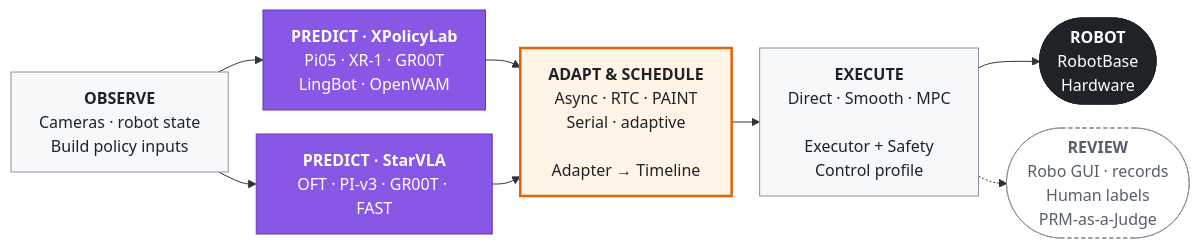
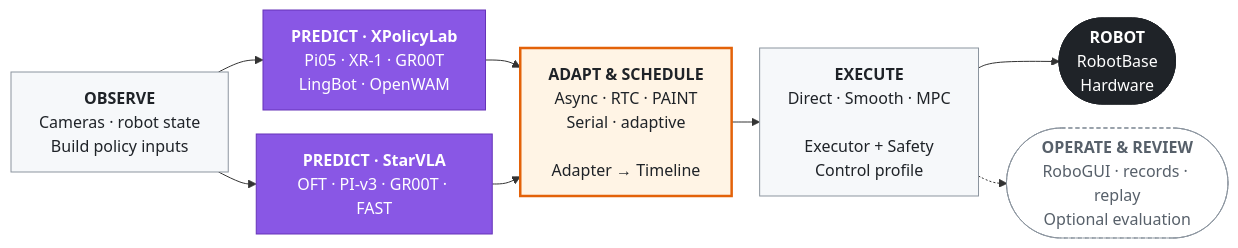
The diagram in README.md (GuHaomingcs/manimux), drawn with Mermaid before and after one commit. The commit also changed other lines of this file and 36 other files, not shown here.

Commit message:
feat: refine RoboGUI research workflows and integration guides

````diff
--- a/README.md
+++ b/README.md
@@ -98,24 +55,24 @@
 ```mermaid
 %%{init: {"flowchart": {"wrappingWidth": 180, "curve": "basis", "nodeSpacing": 24, "rankSpacing": 28, "padding": 14}}}%%
 flowchart LR
     OBS["<b>OBSERVE</b><br/>Cameras · robot state<br/>Build policy inputs"]:::stage
 
     XPOLICY["<b>PREDICT · XPolicyLab</b><br/>Pi05 · XR-1 · GR00T<br/>LingBot · OpenWAM"]:::xpolicy
 
     STARVLA["<b>PREDICT · StarVLA</b><br/>OFT · PI-v3 · GR00T · FAST"]:::xpolicy
 
     PLAN["<b>ADAPT & SCHEDULE</b><br/>Async · RTC · PAINT<br/>Serial · adaptive<br/><br/>Adapter → Timeline"]:::handoff
     ACT["<b>EXECUTE</b><br/>Direct · Smooth · MPC<br/><br/>Executor + Safety<br/>Control profile"]:::stage
     ROBOT(["<b>ROBOT</b><br/>RobotBase<br/>Hardware"]):::robot
-    REVIEW(["<b>REVIEW</b><br/>Robo GUI · records<br/>Human labels<br/>PRM-as-a-Judge"]):::side
+    REVIEW(["<b>OPERATE & REVIEW</b><br/>RoboGUI · records · replay<br/>Optional evaluation"]):::side
 
     OBS --> XPOLICY --> PLAN --> ACT --> ROBOT
     OBS --> STARVLA --> PLAN
     ACT -.-> REVIEW
 
     classDef stage fill:#F6F8FA,stroke:#8C959F,stroke-width:1px,color:#1F2328
     classDef handoff fill:#FFF4E5,stroke:#E36209,stroke-width:2.5px,color:#1F2328
     classDef side fill:#FFFFFF,stroke:#8C959F,stroke-dasharray:4 3,color:#57606A
     classDef robot fill:#1F2328,stroke:#1F2328,color:#FFFFFF
     classDef xpolicy fill:#8957E5,stroke:#6633B8,color:#FFFFFF
 ```
````
